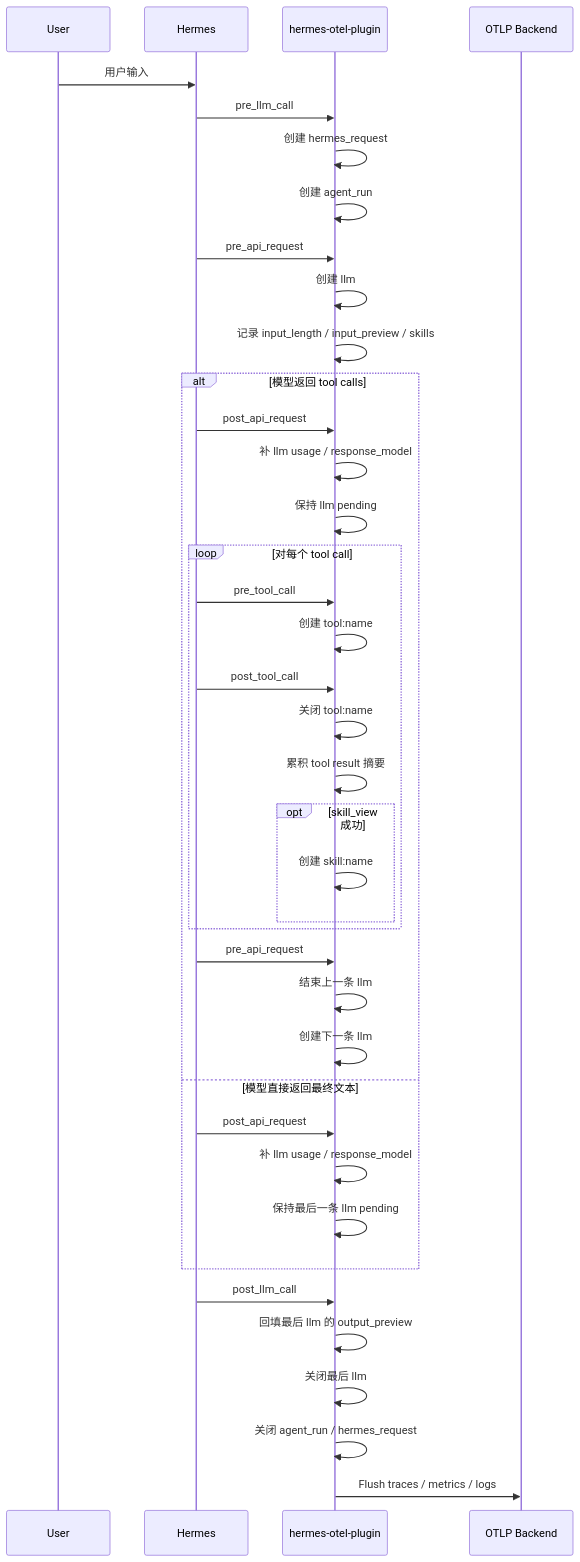
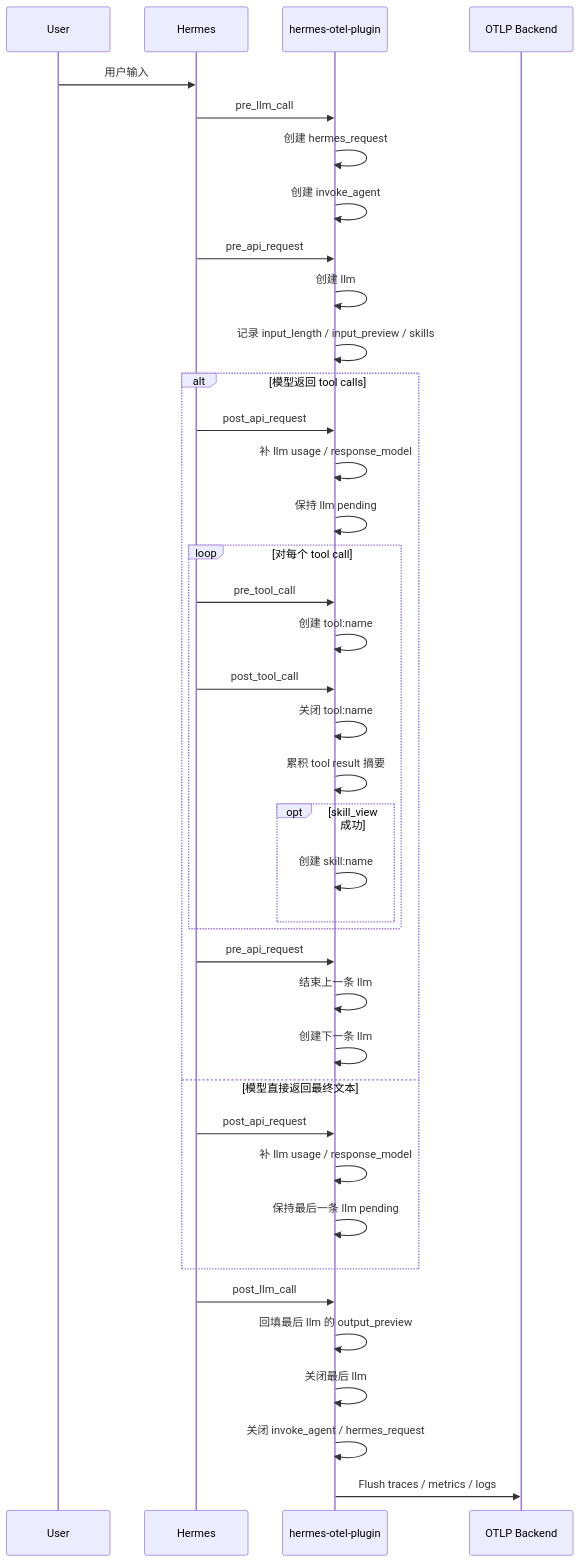
The third of 5 diagrams in docs/zh/architecture.md (GuanceCloud/hermes-otel-plugin), drawn with Mermaid before and after one commit. The commit also changed other lines of this file and 23 other files, not shown here.

````diff
--- a/docs/zh/architecture.md
+++ b/docs/zh/architecture.md
@@ -51,47 +51,47 @@
 ```mermaid
 sequenceDiagram
     participant U as User
     participant H as Hermes
     participant P as hermes-otel-plugin
     participant O as OTLP Backend
 
     U->>H: 用户输入
     H->>P: pre_llm_call
     P->>P: 创建 hermes_request
-    P->>P: 创建 agent_run
+    P->>P: 创建 invoke_agent
 
     H->>P: pre_api_request
     P->>P: 创建 llm
     P->>P: 记录 input_length / input_preview / skills
 
     alt 模型返回 tool calls
         H->>P: post_api_request
         P->>P: 补 llm usage / response_model
         P->>P: 保持 llm pending
 
         loop 对每个 tool call
             H->>P: pre_tool_call
             P->>P: 创建 tool:name
             H->>P: post_tool_call
             P->>P: 关闭 tool:name
             P->>P: 累积 tool result 摘要
             opt skill_view 成功
                 P->>P: 创建 skill:name
             end
         end
 
         H->>P: pre_api_request
         P->>P: 结束上一条 llm
         P->>P: 创建下一条 llm
     else 模型直接返回最终文本
         H->>P: post_api_request
         P->>P: 补 llm usage / response_model
         P->>P: 保持最后一条 llm pending
     end
 
     H->>P: post_llm_call
     P->>P: 回填最后 llm 的 output_preview
     P->>P: 关闭最后 llm
-    P->>P: 关闭 agent_run / hermes_request
+    P->>P: 关闭 invoke_agent / hermes_request
     P->>O: Flush traces / metrics / logs
 ```
````
